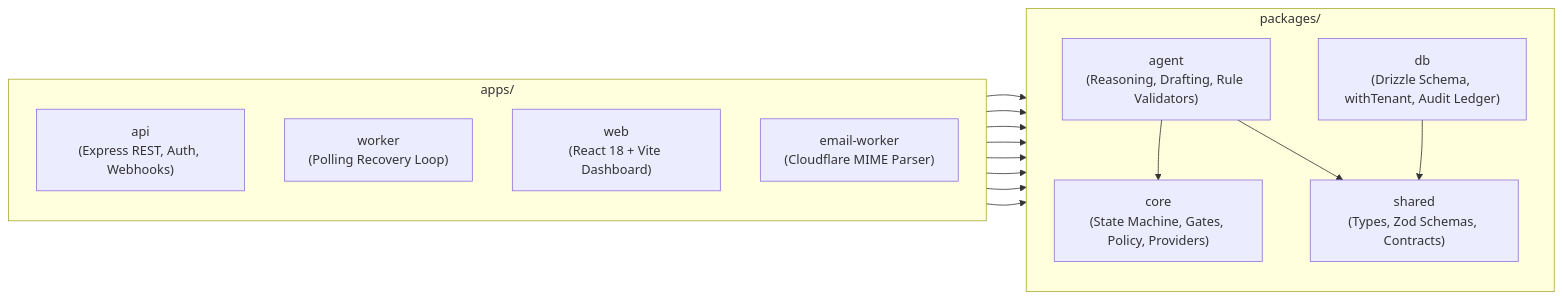
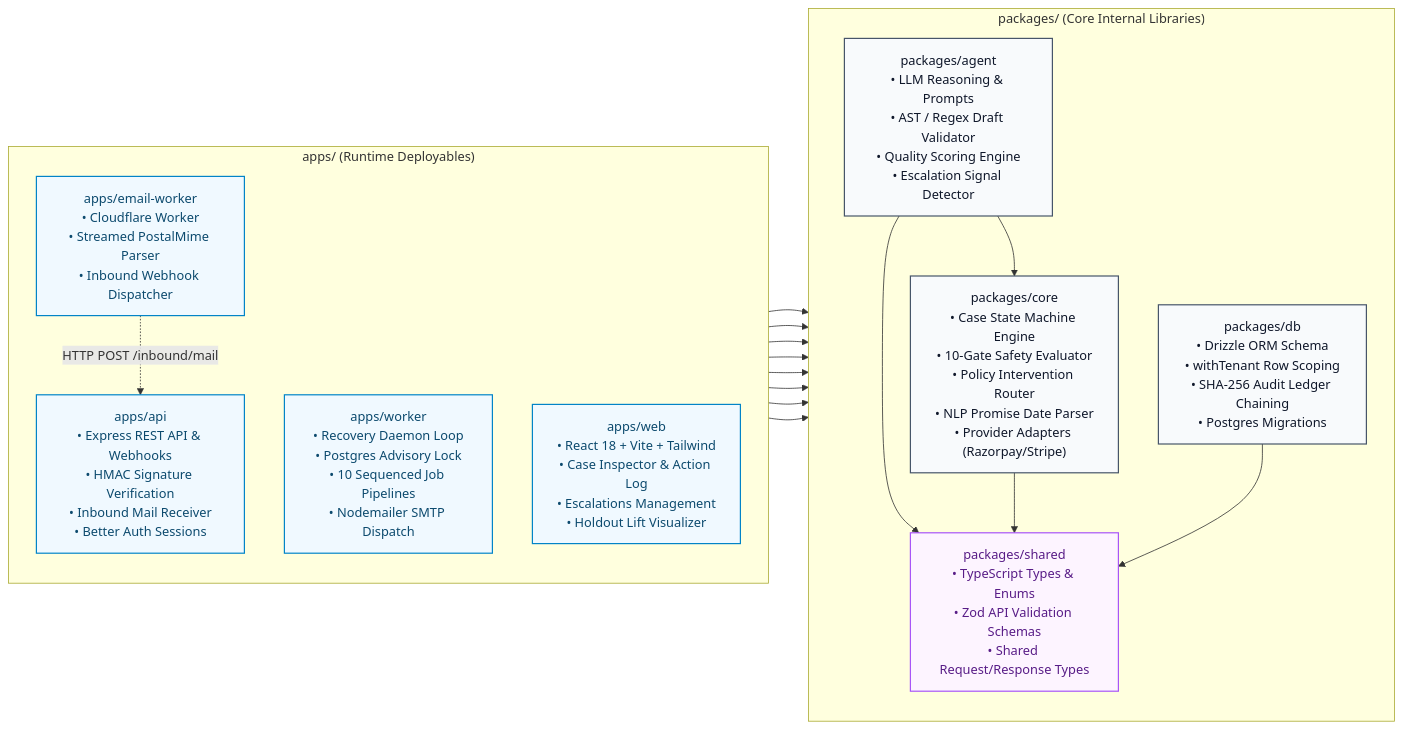
One commit to heysagnik/riko changed the second of 9 diagrams in HOW_IT_WORKS.md. Above: the diagram before and after it, drawn with Mermaid. The commit also changed other lines of this file and 1 other file, not shown here.

Commit message:
docs: update system architecture and data flow Mermaid diagrams in README.md and HOW_IT_WORKS.md

````diff
--- a/HOW_IT_WORKS.md
+++ b/HOW_IT_WORKS.md
@@ -39,34 +113,32 @@
 ```mermaid
 flowchart LR
-    subgraph Apps["apps/"]
+    %% Class Styles
+    classDef appNode fill:#f0f9ff,stroke:#0284c7,stroke-width:1.5px,color:#0c4a6e
+    classDef pkgNode fill:#f8fafc,stroke:#475569,stroke-width:1.5px,color:#0f172a
+    classDef sharedNode fill:#fdf4ff,stroke:#a855f7,stroke-width:1.5px,color:#581c87
+
+    subgraph Apps["apps/ (Runtime Deployables)"]
         direction TB
-        API["api\n(Express REST, Auth, Webhooks)"]
-        WORKER["worker\n(Polling Recovery Loop)"]
-        WEB["web\n(React 18 + Vite Dashboard)"]
-        EMAIL_W["email-worker\n(Cloudflare MIME Parser)"]
+        API["apps/api\n• Express REST API & Webhooks\n• HMAC Signature Verification\n• Inbound Mail Receiver\n• Better Auth Sessions"]:::appNode
+        WORKER["apps/worker\n• Recovery Daemon Loop\n• Postgres Advisory Lock\n• 10 Sequenced Job Pipelines\n• Nodemailer SMTP Dispatch"]:::appNode
+        WEB["apps/web\n• React 18 + Vite + Tailwind\n• Case Inspector & Action Log\n• Escalations Management\n• Holdout Lift Visualizer"]:::appNode
+        EMAIL_W["apps/email-worker\n• Cloudflare Worker\n• Streamed PostalMime Parser\n• Inbound Webhook Dispatcher"]:::appNode
     end
 
-    subgraph Packages["packages/"]
+    subgraph Packages["packages/ (Core Internal Libraries)"]
         direction TB
-        CORE["core\n(State Machine, Gates, Policy, Providers)"]
-        AGENT["agent\n(Reasoning, Drafting, Rule Validators)"]
-        DB["db\n(Drizzle Schema, withTenant, Audit Ledger)"]
-        SHARED["shared\n(Types, Zod Schemas, Contracts)"]
+        CORE["packages/core\n• Case State Machine Engine\n• 10-Gate Safety Evaluator\n• Policy Intervention Router\n• NLP Promise Date Parser\n• Provider Adapters (Razorpay/Stripe)"]:::pkgNode
+        AGENT["packages/agent\n• LLM Reasoning & Prompts\n• AST / Regex Draft Validator\n• Quality Scoring Engine\n• Escalation Signal Detector"]:::pkgNode
+        DB["packages/db\n• Drizzle ORM Schema\n• withTenant Row Scoping\n• SHA-256 Audit Ledger Chaining\n• Postgres Migrations"]:::pkgNode
+        SHARED["packages/shared\n• TypeScript Types & Enums\n• Zod API Validation Schemas\n• Shared Request/Response Types"]:::sharedNode
     end
 
-    API --> DB
-    API --> CORE
-    API --> SHARED
-
-    WORKER --> DB
-    WORKER --> CORE
-    WORKER --> AGENT
-    WORKER --> SHARED
-
+    %% Dependency Links
+    API --> DB & CORE & SHARED
+    WORKER --> DB & CORE & AGENT & SHARED
     WEB --> SHARED
-
-    AGENT --> CORE
-    AGENT --> SHARED
-
+    AGENT --> CORE & SHARED
+    CORE --> SHARED
     DB --> SHARED
+    EMAIL_W -.->|HTTP POST /inbound/mail| API
 ```
````
